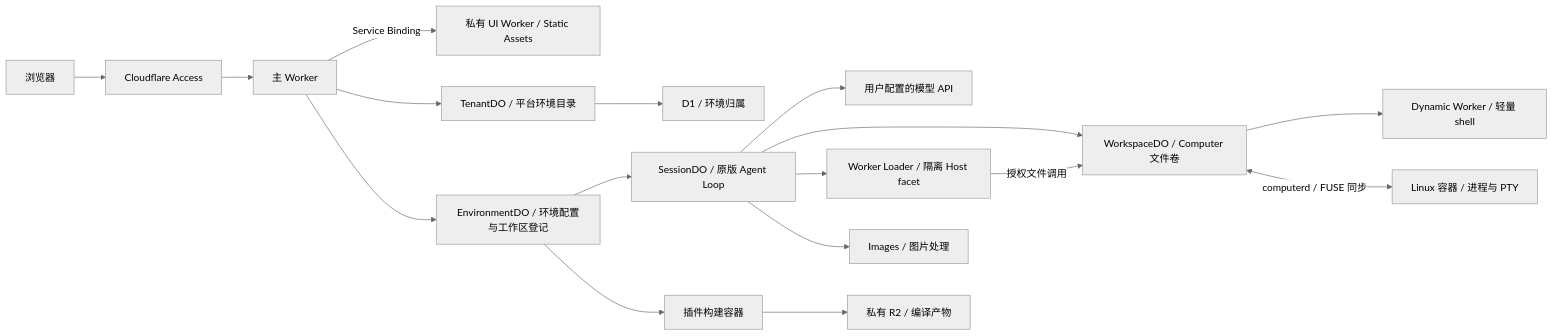
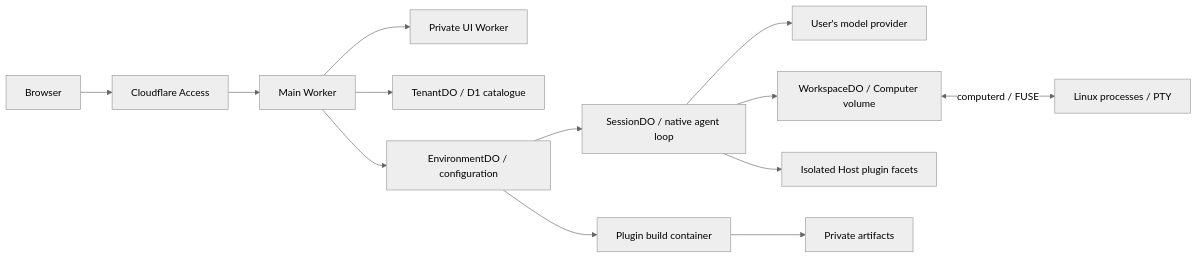
The diagram in README.md (lacia-hIE/Weft), drawn with Mermaid (neutral theme) before and after one commit. The commit also changed other lines of this file and 20 other files, not shown here.

````diff
--- a/README.md
+++ b/README.md
@@ -70,19 +89,15 @@
 ```mermaid
 flowchart LR
-    Browser[浏览器] --> Access[Cloudflare Access]
-    Access --> Worker[主 Worker]
-    Worker -->|Service Binding| UI[私有 UI Worker / Static Assets]
-    Worker --> Tenant[TenantDO / 平台环境目录]
-    Tenant --> Catalogue[D1 / 环境归属]
-    Worker --> Environment[EnvironmentDO / 环境配置与工作区登记]
-    Environment --> Session[SessionDO / 原版 Agent Loop]
-    Session --> Model[用户配置的模型 API]
-    Session --> Workspace[WorkspaceDO / Computer 文件卷]
-    Workspace --> Shell[Dynamic Worker / 轻量 shell]
-    Workspace <-->|computerd / FUSE 同步| Container[Linux 容器 / 进程与 PTY]
-    Session --> Plugins[Worker Loader / 隔离 Host facet]
-    Plugins -->|授权文件调用| Workspace
-    Session --> Images[Images / 图片处理]
-    Environment --> Builder[插件构建容器]
-    Builder --> Artifacts[私有 R2 / 编译产物]
+    Browser --> Access[Cloudflare Access]
+    Access --> Worker[Main Worker]
+    Worker --> UI[Private UI Worker]
+    Worker --> Tenant[TenantDO / D1 catalogue]
+    Worker --> Environment[EnvironmentDO / configuration]
+    Environment --> Session[SessionDO / native agent loop]
+    Session --> Model[User's model provider]
+    Session --> Workspace[WorkspaceDO / Computer volume]
+    Workspace <-->|computerd / FUSE| Container[Linux processes / PTY]
+    Session --> Plugins[Isolated Host plugin facets]
+    Environment --> Builder[Plugin build container]
+    Builder --> R2[Private artifacts]
 ```
````
